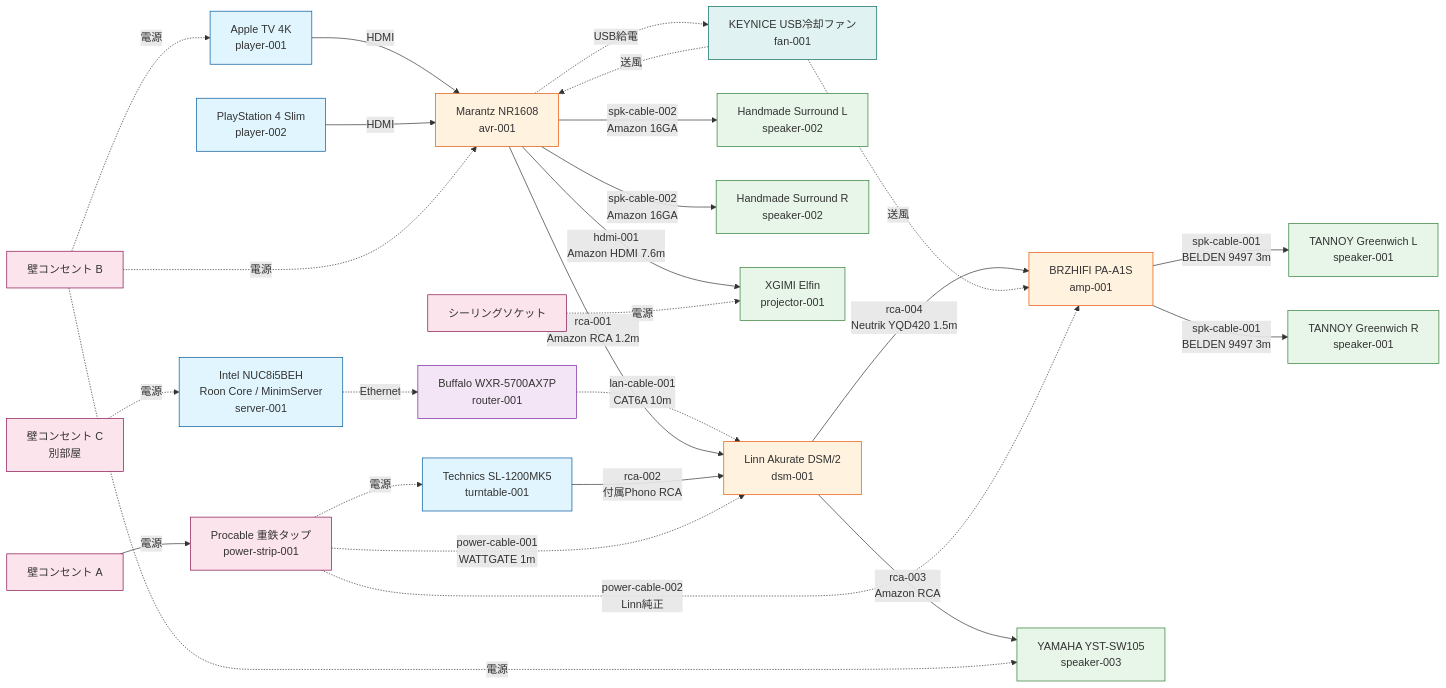
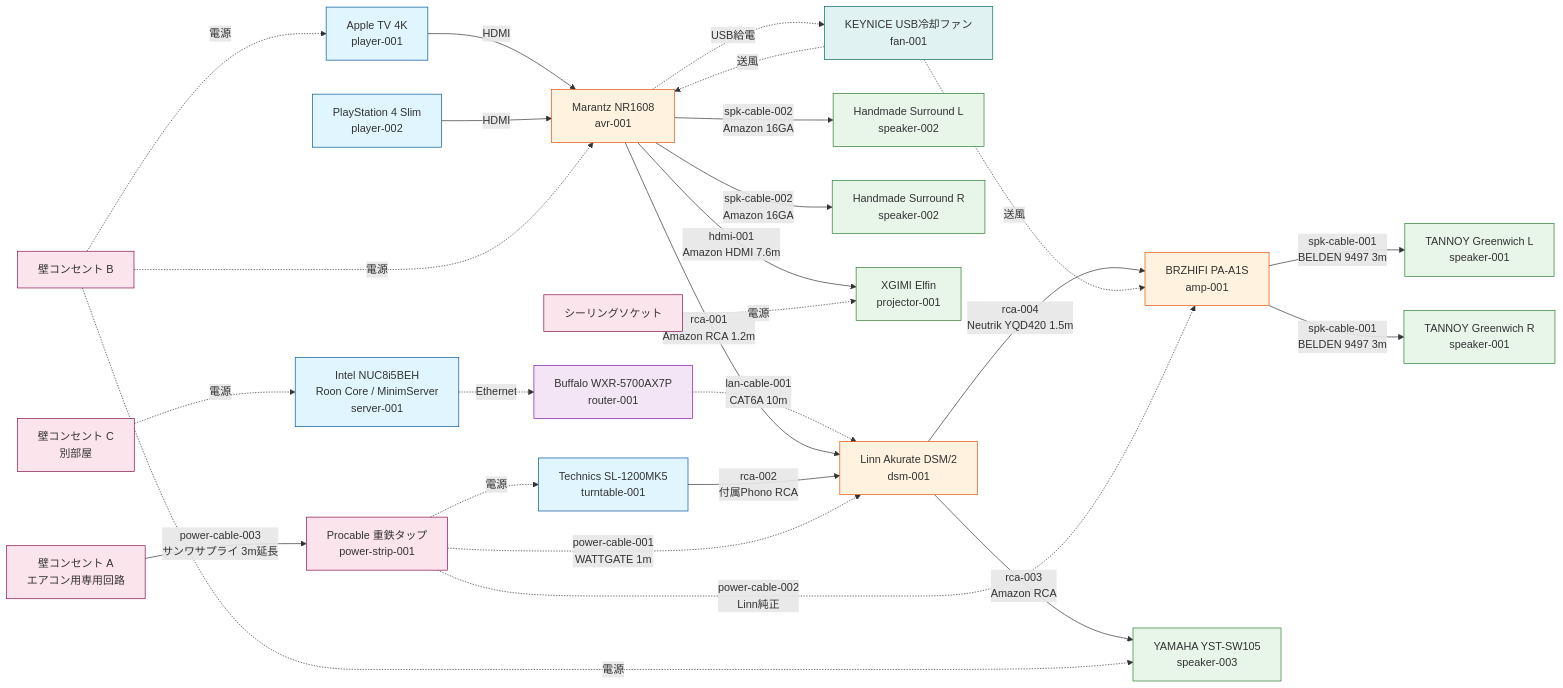
The diagram in topology/system_diagram.mmd (tamatebox/audio-infra), drawn with Mermaid before and after one commit. The commit also changed 2 other files, not shown here.

Commit message:
add power extension cord to dedicated AC outlet

```diff
--- a/topology/system_diagram.mmd
+++ b/topology/system_diagram.mmd
@@ -1,95 +1,95 @@
 %% Audio System Topology
 %% 機材(Node)とケーブル(Edge)の接続関係を記述
 
 graph LR
     %% ========== ソース機器 ==========
     NUC[Intel NUC8i5BEH<br/>Roon Core / MinimServer<br/>server-001]
     SL1200[Technics SL-1200MK5<br/>turntable-001]
     ATV[Apple TV 4K<br/>player-001]
     PS4[PlayStation 4 Slim<br/>player-002]
 
     %% ========== プロセッサ / アンプ ==========
     DSM[Linn Akurate DSM/2<br/>dsm-001]
     AMP[BRZHIFI PA-A1S<br/>amp-001]
     AVR[Marantz NR1608<br/>avr-001]
 
     %% ========== 出力機器 ==========
     TANNOY_L[TANNOY Greenwich L<br/>speaker-001]
     TANNOY_R[TANNOY Greenwich R<br/>speaker-001]
     SUR_L[Handmade Surround L<br/>speaker-002]
     SUR_R[Handmade Surround R<br/>speaker-002]
     SUB[YAMAHA YST-SW105<br/>speaker-003]
     PROJ[XGIMI Elfin<br/>projector-001]
 
     %% ========== アクセサリ ==========
     FAN[KEYNICE USB冷却ファン<br/>fan-001]
 
     %% ========== ネットワーク ==========
     ROUTER[Buffalo WXR-5700AX7P<br/>router-001]
 
     %% ========== 電源 ==========
-    OUTLET_A[壁コンセント A]
+    OUTLET_A[壁コンセント A<br/>エアコン用専用回路]
     OUTLET_B[壁コンセント B]
     OUTLET_C[壁コンセント C<br/>別部屋]
     CEILING[シーリングソケット]
     POWER_STRIP[Procable 重鉄タップ<br/>power-strip-001]
 
     %% ========== 信号経路 ==========
 
     %% ネットワーク
     NUC -.->|Ethernet| ROUTER
     ROUTER -.->|lan-cable-001<br/>CAT6A 10m| DSM
 
     %% 映像/サラウンド系 (AVR中心)
     ATV -->|HDMI| AVR
     PS4 -->|HDMI| AVR
     AVR -->|hdmi-001<br/>Amazon HDMI 7.6m| PROJ
     AVR -->|rca-001<br/>Amazon RCA 1.2m| DSM
     AVR -->|spk-cable-002<br/>Amazon 16GA| SUR_L
     AVR -->|spk-cable-002<br/>Amazon 16GA| SUR_R
 
     %% 2chオーディオ系 (Linn DSM + パワーアンプ)
     SL1200 -->|rca-002<br/>付属Phono RCA| DSM
     DSM -->|rca-003<br/>Amazon RCA| SUB
     DSM -->|rca-004<br/>Neutrik YQD420 1.5m| AMP
     AMP -->|spk-cable-001<br/>BELDEN 9497 3m| TANNOY_L
     AMP -->|spk-cable-001<br/>BELDEN 9497 3m| TANNOY_R
 
     %% ========== 冷却 ==========
     AVR -.->|USB給電| FAN
     FAN -.->|送風| AMP
     FAN -.->|送風| AVR
 
     %% ========== 電源経路 ==========
 
-    %% 壁コンセントA → 重鉄タップ → 2chオーディオ系専用
-    OUTLET_A -->|電源| POWER_STRIP
+    %% 壁コンセントA (エアコン用専用回路) → 重鉄タップ → 2chオーディオ系専用
+    OUTLET_A -->|power-cable-003<br/>サンワサプライ 3m延長| POWER_STRIP
     POWER_STRIP -.->|power-cable-001<br/>WATTGATE 1m| DSM
     POWER_STRIP -.->|power-cable-002<br/>Linn純正| AMP
     POWER_STRIP -.->|電源| SL1200
 
     %% 壁コンセントB → AV系機器
     OUTLET_B -.->|電源| AVR
     OUTLET_B -.->|電源| ATV
     OUTLET_B -.->|電源| SUB
 
     %% 壁コンセントC（別部屋） → NUC
     OUTLET_C -.->|電源| NUC
 
     %% シーリングソケット → プロジェクター
     CEILING -.->|電源| PROJ
 
     %% ========== スタイリング ==========
     classDef source fill:#e1f5fe,stroke:#01579b
     classDef processor fill:#fff3e0,stroke:#e65100
     classDef output fill:#e8f5e9,stroke:#2e7d32
     classDef power fill:#fce4ec,stroke:#880e4f
     classDef network fill:#f3e5f5,stroke:#7b1fa2
 
     class NUC,SL1200,ATV,PS4 source
     class DSM,AMP,AVR processor
     classDef accessory fill:#e0f2f1,stroke:#00695c
     class TANNOY_L,TANNOY_R,SUR_L,SUR_R,SUB,PROJ output
     class FAN accessory
     class OUTLET_A,OUTLET_B,OUTLET_C,CEILING,POWER_STRIP power
     class ROUTER network
```
